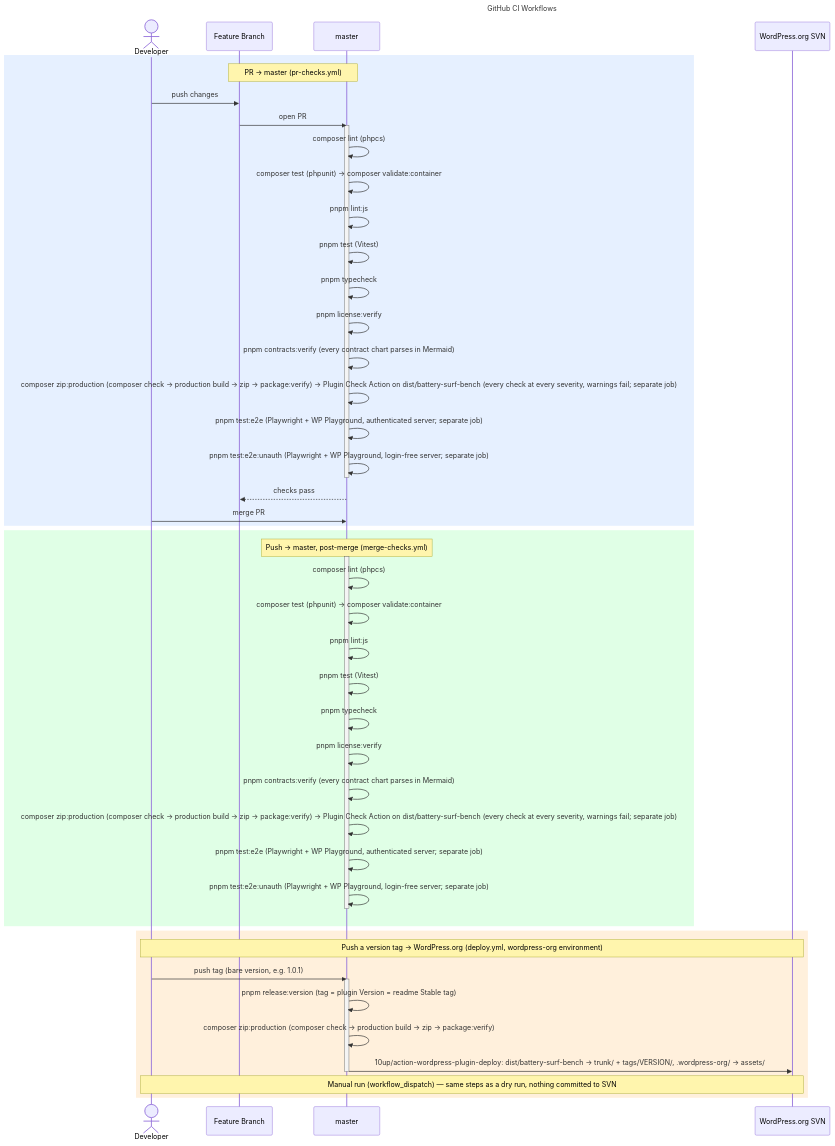
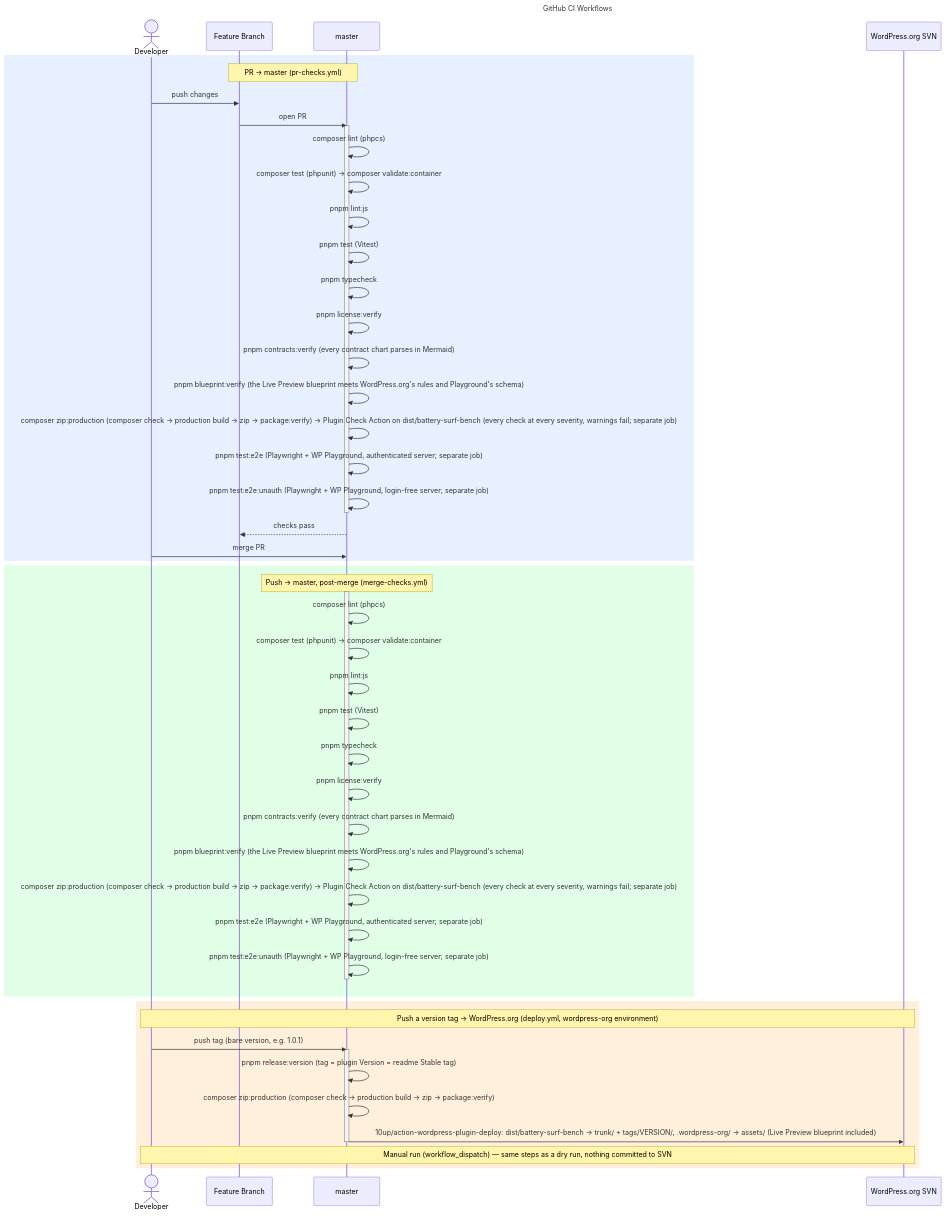
Before and after one commit to erdembircan/battery-surf-bench: the diagram in docs/contracts/ci-workflow.mmd, drawn with Mermaid. The commit also changed 14 other files, not shown here.

First line of the commit message:
[FEAT]: add the Live Preview blueprint and launch links

```diff
--- a/docs/contracts/ci-workflow.mmd
+++ b/docs/contracts/ci-workflow.mmd
@@ -1,58 +1,60 @@
 ---
 title: GitHub CI Workflows
 ---
 %% Characters Mermaid would misread inside a label are written as entity codes,
 %% which render as the character itself: #58; ':', #59; ';', #40; '(', #41; ')',
 %% #123; '{', #125; '}'. See "Keeping Charts Parseable" in CLAUDE.md.
 sequenceDiagram
     actor Dev as Developer
     participant FB as Feature Branch
     participant M as master
     participant SVN as WordPress.org SVN
 
     rect rgb(230, 240, 255)
         Note over FB,M: PR → master (pr-checks.yml)
         Dev->>FB: push changes
         FB->>M: open PR
         activate M
         M->>M: composer lint (phpcs)
         M->>M: composer test (phpunit) → composer validate:container
         M->>M: pnpm lint:js
         M->>M: pnpm test (Vitest)
         M->>M: pnpm typecheck
         M->>M: pnpm license:verify
         M->>M: pnpm contracts:verify (every contract chart parses in Mermaid)
+        M->>M: pnpm blueprint:verify (the Live Preview blueprint meets WordPress.org's rules and Playground's schema)
         M->>M: composer zip:production (composer check → production build → zip → package:verify) → Plugin Check Action on dist/battery-surf-bench (every check at every severity, warnings fail#59; separate job)
         M->>M: pnpm test:e2e (Playwright + WP Playground, authenticated server#59; separate job)
         M->>M: pnpm test:e2e:unauth (Playwright + WP Playground, login-free server#59; separate job)
         deactivate M
         M-->>FB: checks pass
         Dev->>M: merge PR
     end
 
     rect rgb(224, 255, 230)
         Note over M: Push → master, post-merge (merge-checks.yml)
         activate M
         M->>M: composer lint (phpcs)
         M->>M: composer test (phpunit) → composer validate:container
         M->>M: pnpm lint:js
         M->>M: pnpm test (Vitest)
         M->>M: pnpm typecheck
         M->>M: pnpm license:verify
         M->>M: pnpm contracts:verify (every contract chart parses in Mermaid)
+        M->>M: pnpm blueprint:verify (the Live Preview blueprint meets WordPress.org's rules and Playground's schema)
         M->>M: composer zip:production (composer check → production build → zip → package:verify) → Plugin Check Action on dist/battery-surf-bench (every check at every severity, warnings fail#59; separate job)
         M->>M: pnpm test:e2e (Playwright + WP Playground, authenticated server#59; separate job)
         M->>M: pnpm test:e2e:unauth (Playwright + WP Playground, login-free server#59; separate job)
         deactivate M
     end
 
     rect rgb(255, 240, 220)
         Note over Dev,SVN: Push a version tag → WordPress.org (deploy.yml, wordpress-org environment)
         Dev->>M: push tag (bare version, e.g. 1.0.1)
         activate M
         M->>M: pnpm release:version (tag = plugin Version = readme Stable tag)
         M->>M: composer zip:production (composer check → production build → zip → package:verify)
-        M->>SVN: 10up/action-wordpress-plugin-deploy#58; dist/battery-surf-bench → trunk/ + tags/VERSION/, .wordpress-org/ → assets/
+        M->>SVN: 10up/action-wordpress-plugin-deploy#58; dist/battery-surf-bench → trunk/ + tags/VERSION/, .wordpress-org/ → assets/ (Live Preview blueprint included)
         deactivate M
         Note over Dev,SVN: Manual run (workflow_dispatch) — same steps as a dry run, nothing committed to SVN
     end
```
